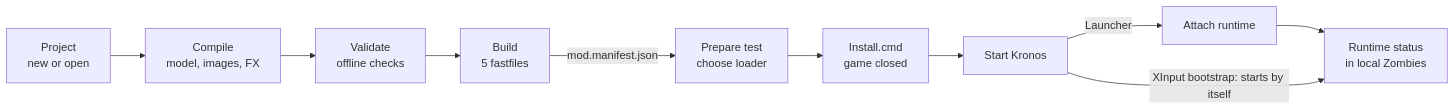
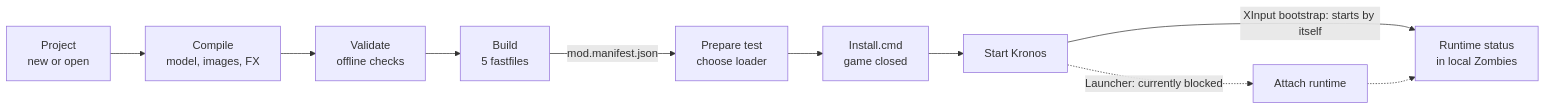
The diagram in README.md (fabian22202/bo7_linker), drawn with Mermaid before and after one commit. The commit also changed other lines of this file, not shown here.

````diff
--- a/README.md
+++ b/README.md
@@ -7,7 +7,7 @@
 ```mermaid
 flowchart LR
     A[Project<br/>new or open] --> B[Compile<br/>model, images, FX] --> C[Validate<br/>offline checks] --> D[Build<br/>5 fastfiles]
     D -- mod.manifest.json --> E[Prepare test<br/>choose loader] --> F[Install.cmd<br/>game closed] --> G[Start Kronos]
-    G -- Launcher --> H[Attach runtime] --> I[Runtime status<br/>in local Zombies]
-    G -- XInput bootstrap: starts by itself --> I
+    G -- XInput bootstrap: starts by itself --> I[Runtime status<br/>in local Zombies]
+    G -. Launcher: currently blocked .-> H[Attach runtime] -.-> I
 ```
````
